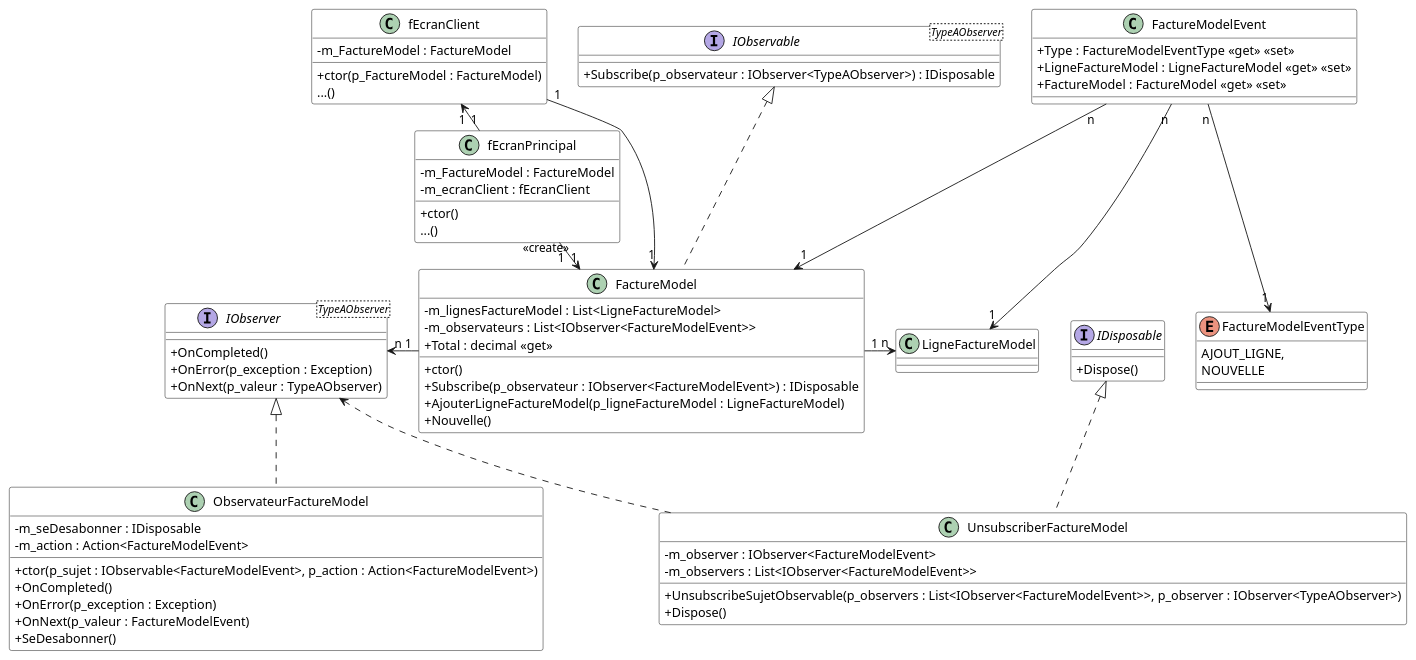
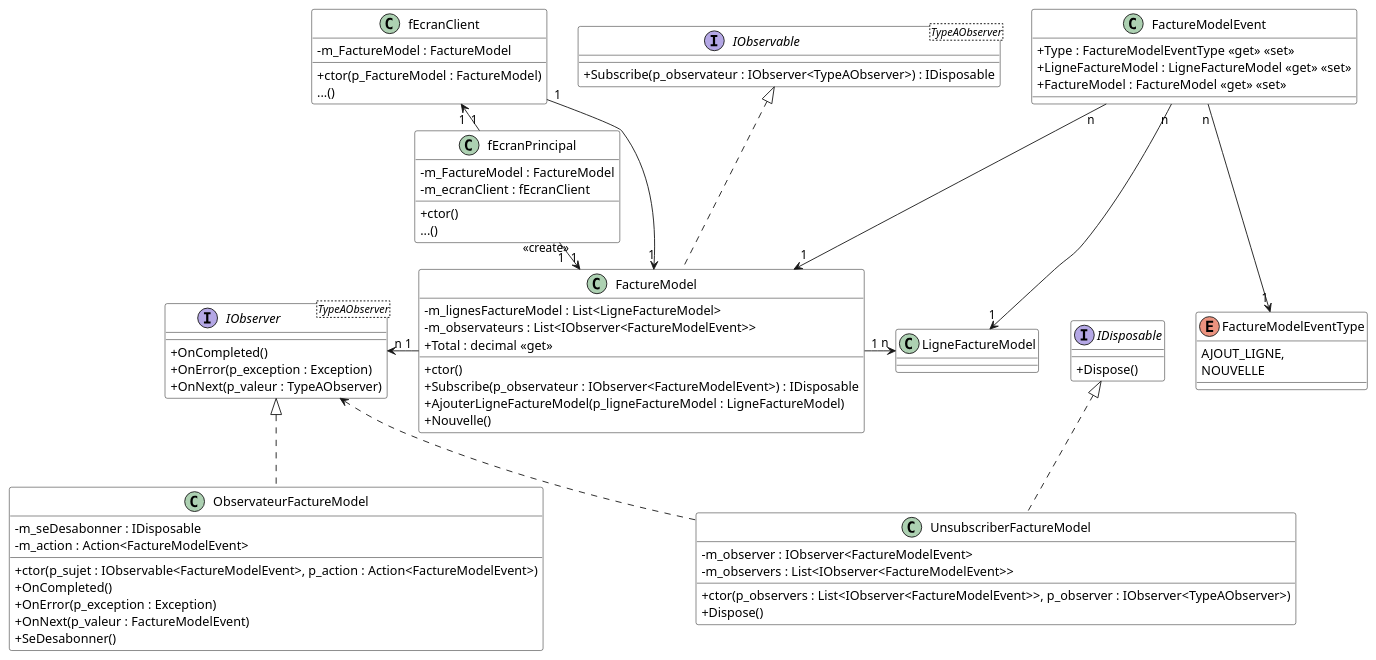
The diagram in Module10_Patrons_Conception02/diag/DiagFactureGen.wsd (PiFou86/420-W30-SF), drawn with PlantUML before and after one commit.

```diff
--- a/Module10_Patrons_Conception02/diag/DiagFactureGen.wsd
+++ b/Module10_Patrons_Conception02/diag/DiagFactureGen.wsd
@@ -1,94 +1,94 @@
 @startuml DiagAppFactureGen
 
 skinparam classAttributeIconSize 0
 skinparam class {
     BackgroundColor White
     BorderColor #000
 }
 
 interface IDisposable {
     + Dispose()
 }
 
 interface IObservable<TypeAObserver> {
     + Subscribe(p_observateur : IObserver<TypeAObserver>) : IDisposable
 }
 
 interface IObserver<TypeAObserver> {
     + OnCompleted()
     + OnError(p_exception : Exception)
     + OnNext(p_valeur : TypeAObserver)
 }
 
 class FactureModel {
     - m_lignesFactureModel : List<LigneFactureModel>
     - m_observateurs : List<IObserver<FactureModelEvent>>
     + Total : decimal <<get>>
     + ctor()
     + Subscribe(p_observateur : IObserver<FactureModelEvent>) : IDisposable
     + AjouterLigneFactureModel(p_ligneFactureModel : LigneFactureModel)
     + Nouvelle()
 }
 
 class fEcranPrincipal {
     - m_FactureModel : FactureModel
     - m_ecranClient : fEcranClient
     + ctor()
     ...()
 }
 
 class fEcranClient {
     - m_FactureModel : FactureModel
     + ctor(p_FactureModel : FactureModel)
     ...()
 }
 
 class ObservateurFactureModel {
     - m_seDesabonner : IDisposable
     - m_action : Action<FactureModelEvent>
     + ctor(p_sujet : IObservable<FactureModelEvent>, p_action : Action<FactureModelEvent>)
     + OnCompleted()
     + OnError(p_exception : Exception)
     + OnNext(p_valeur : FactureModelEvent)
     + SeDesabonner()
 }
 
 class UnsubscriberFactureModel {
     - m_observer : IObserver<FactureModelEvent>
     - m_observers : List<IObserver<FactureModelEvent>>
-    + UnsubscribeSujetObservable(p_observers : List<IObserver<FactureModelEvent>>, p_observer : IObserver<TypeAObserver>)
+    + ctor(p_observers : List<IObserver<FactureModelEvent>>, p_observer : IObserver<TypeAObserver>)
     + Dispose()
 }
 
 class FactureModelEvent {
     + Type : FactureModelEventType <<get>> <<set>>
     + LigneFactureModel : LigneFactureModel <<get>> <<set>>
     + FactureModel : FactureModel <<get>> <<set>>
 }
 
 enum FactureModelEventType {
     AJOUT_LIGNE,
     NOUVELLE
 }
 
 FactureModelEvent "n" --> "1" FactureModel
 FactureModelEvent "n" --> "1" LigneFactureModel
 FactureModelEvent "n" --> "1" FactureModelEventType
 
 fEcranPrincipal "1" -right-> "1" FactureModel : <<create>>
 fEcranPrincipal "1" -left-> "1" fEcranClient
 'fEcranPrincipal "1" ..> "1" ObservateurFactureModel : <<create>>
 
 FactureModel "1" -left-> "n" IObserver
 FactureModel "1" -right-> "n" LigneFactureModel
 
 fEcranClient "1" --> "1" FactureModel
 'fEcranClient "1" ..> "1" ObservateurFactureModel : <<create>>
 
 IObserver <|.. ObservateurFactureModel
 IDisposable <|.. UnsubscriberFactureModel
 IObserver <.. UnsubscriberFactureModel
 IObservable <|.. FactureModel
 
 
 @enduml
```
